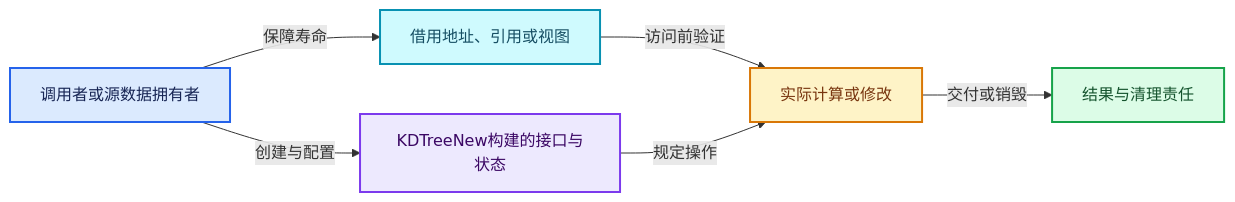
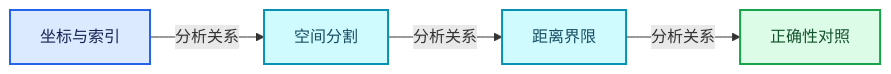
Before and after one commit to yunkezengren/blender-.vscode: the third of 4 diagrams in 杂/markdown/全面学习-codex/12-空间数据结构与几何算法/03-KDTreeNew构建.md, drawn with Mermaid. The commit also changed other lines of this file and 1930 other files, not shown here.

````diff
--- a/杂/markdown/全面学习-codex/12-空间数据结构与几何算法/03-KDTreeNew构建.md
+++ b/杂/markdown/全面学习-codex/12-空间数据结构与几何算法/03-KDTreeNew构建.md
@@ -894,19 +62,16 @@
 ```mermaid
 flowchart LR
-  O["调用者或源数据拥有者"]:::input
-  V["KDTreeNew构建的接口与状态"]:::abstraction
-  B["借用地址、引用或视图"]:::data
-  W["实际计算或修改"]:::compute
-  R["结果与清理责任"]:::result
-  O -->|"创建与配置"| V
-  O -->|"保障寿命"| B
-  B -->|"访问前验证"| W
-  V -->|"规定操作"| W
-  W -->|"交付或销毁"| R
+  P0["坐标与索引"]:::input
+  P1["空间分割"]:::data
+  P2["距离界限"]:::data
+  P3["正确性对照"]:::result
+  P0 -->|"分析关系"| P1
+  P1 -->|"分析关系"| P2
+  P2 -->|"分析关系"| P3
   classDef input fill:#DBEAFE,stroke:#2563EB,color:#172554,stroke-width:2px;
   classDef data fill:#CFFAFE,stroke:#0891B2,color:#164E63,stroke-width:2px;
   classDef abstraction fill:#EDE9FE,stroke:#7C3AED,color:#3B0764,stroke-width:2px;
   classDef compute fill:#FEF3C7,stroke:#D97706,color:#78350F,stroke-width:2px;
   classDef result fill:#DCFCE7,stroke:#16A34A,color:#14532D,stroke-width:2px;
   classDef error fill:#FEE2E2,stroke:#DC2626,color:#7F1D1D,stroke-width:2px;
 ```
````
